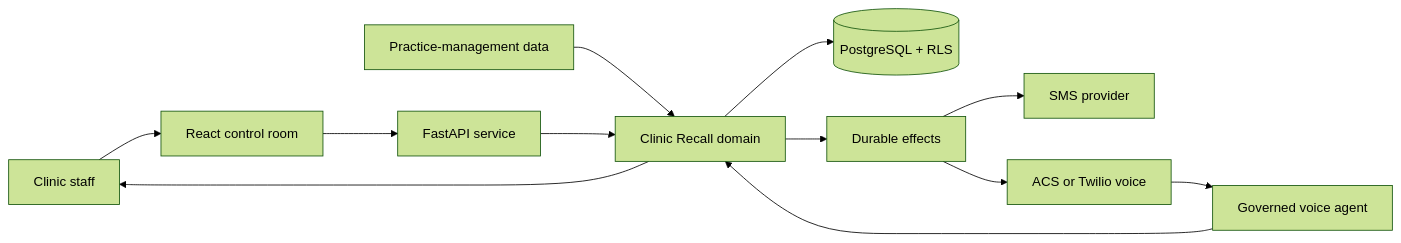
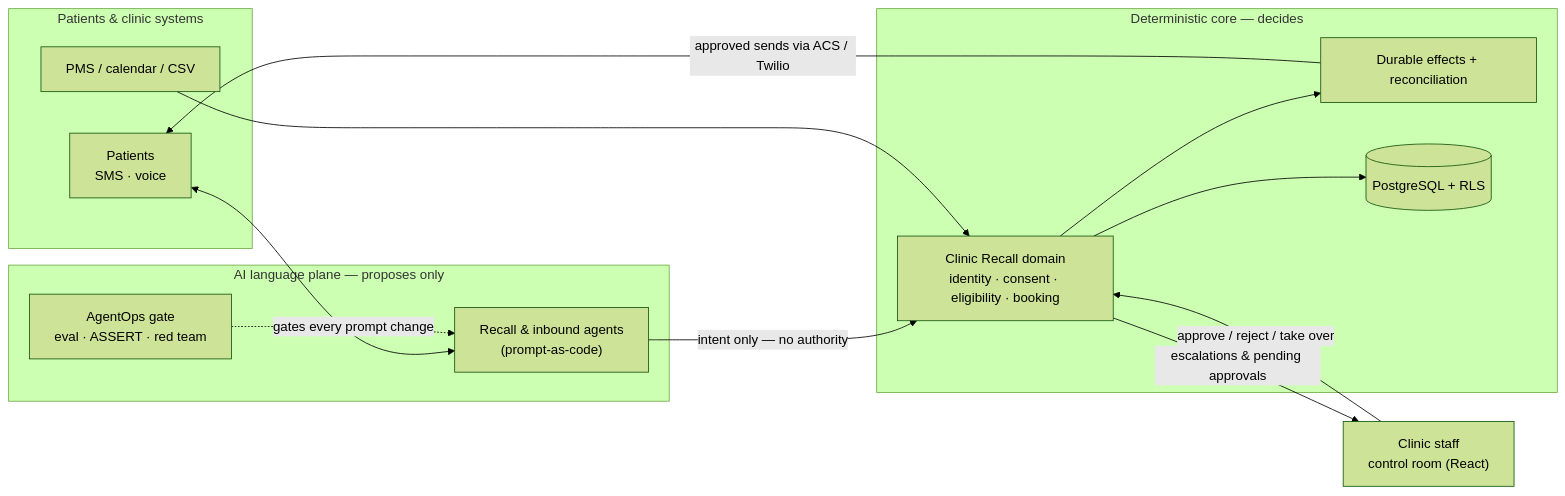
One commit to Ayo-faks/wulo-x changed the diagram in README.md. Above: the diagram before and after it, drawn with Mermaid (forest theme). The commit also changed other lines of this file and 7 other files, not shown here.

First line of the commit message:
docs: public launch assets — screenshot, architecture, safety boundary, roadmap (#22)

````diff
--- a/README.md
+++ b/README.md
@@ -17,14 +27,27 @@
 ```mermaid
 flowchart LR
-    Staff[Clinic staff] --> Web[React control room]
-    Web --> API[FastAPI service]
-    PMS[Practice-management data] --> Core[Clinic Recall domain]
-    API --> Core
-    Core --> DB[(PostgreSQL + RLS)]
-    Core --> Queue[Durable effects]
-    Queue --> SMS[SMS provider]
-    Queue --> Voice[ACS or Twilio voice]
-    Voice --> Agent[Governed voice agent]
-    Agent --> Core
-    Core --> Staff
+    subgraph world ["Patients & clinic systems"]
+        Patients["Patients<br/>SMS · voice"]
+        PMS["PMS / calendar / CSV"]
+    end
+    subgraph ai ["AI language plane — proposes only"]
+        Agent["Recall & inbound agents<br/>(prompt-as-code)"]
+        Gate["AgentOps gate<br/>eval · ASSERT · red team"]
+    end
+    subgraph det ["Deterministic core — decides"]
+        Core["Clinic Recall domain<br/>identity · consent · eligibility · booking"]
+        Queue["Durable effects + reconciliation"]
+        DB[("PostgreSQL + RLS")]
+    end
+    Staff["Clinic staff<br/>control room (React)"]
+
+    Patients <--> Agent
+    Agent -- "intent only — no authority" --> Core
+    Gate -. "gates every prompt change" .-> Agent
+    PMS --> Core
+    Core --> DB
+    Core --> Queue
+    Queue -- "approved sends via ACS / Twilio" --> Patients
+    Core -- "escalations & pending approvals" --> Staff
+    Staff -- "approve / reject / take over" --> Core
 ```
````
